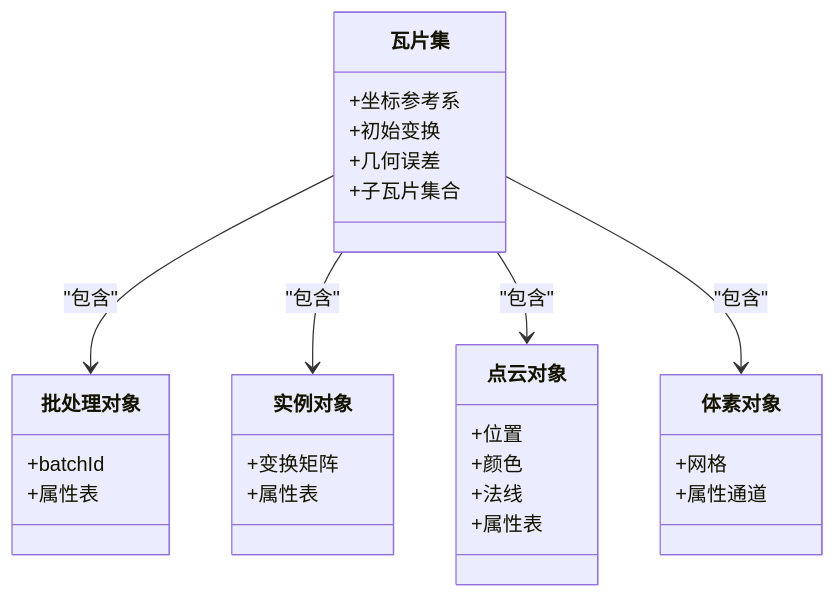
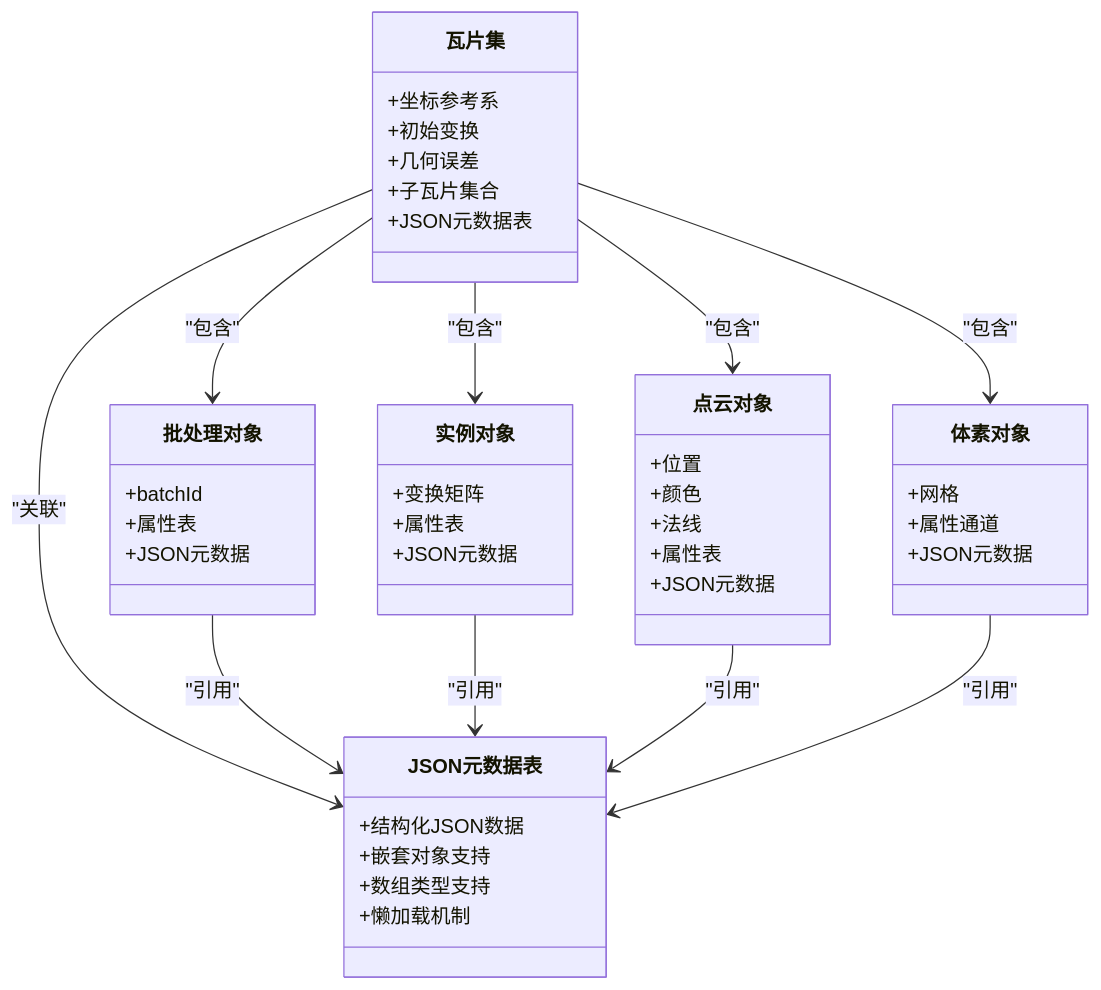
The fifth of 6 diagrams in .qoder/repowiki/zh/content/项目概述/核心特性/3D数据格式支持/3D Tiles标准支持/3D Tiles标准支持.md (rzhangjing/cesium), drawn with Mermaid before and after one commit. The commit also changed other lines of this file and 90 other files, not shown here.

````diff
--- a/.qoder/repowiki/zh/content/项目概述/核心特性/3D数据格式支持/3D Tiles标准支持/3D Tiles标准支持.md
+++ b/.qoder/repowiki/zh/content/项目概述/核心特性/3D数据格式支持/3D Tiles标准支持/3D Tiles标准支持.md
@@ -267,31 +283,47 @@
 ```mermaid
 classDiagram
 class 瓦片集 {
 +坐标参考系
 +初始变换
 +几何误差
 +子瓦片集合
++JSON元数据表
 }
 class 批处理对象 {
 +batchId
 +属性表
++JSON元数据
 }
 class 实例对象 {
 +变换矩阵
 +属性表
++JSON元数据
 }
 class 点云对象 {
 +位置
 +颜色
 +法线
 +属性表
++JSON元数据
 }
 class 体素对象 {
 +网格
 +属性通道
++JSON元数据
+}
+class JSON元数据表 {
++结构化JSON数据
++嵌套对象支持
++数组类型支持
++懒加载机制
 }
 瓦片集 --> 批处理对象 : "包含"
 瓦片集 --> 实例对象 : "包含"
 瓦片集 --> 点云对象 : "包含"
 瓦片集 --> 体素对象 : "包含"
+瓦片集 --> JSON元数据表 : "关联"
+批处理对象 --> JSON元数据表 : "引用"
+实例对象 --> JSON元数据表 : "引用"
+点云对象 --> JSON元数据表 : "引用"
+体素对象 --> JSON元数据表 : "引用"
 ```
````
